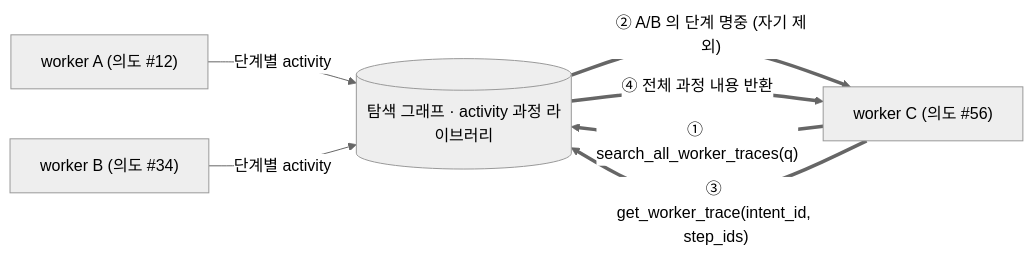
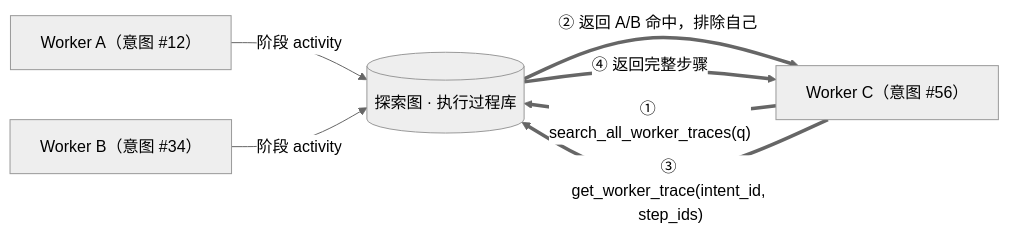
The fourth of 5 diagrams in README.md (j5tv9nfzhn-hue/ARTEX-HYDRA), drawn with Mermaid (neutral theme) before and after one commit. The commit also changed other lines of this file and 279 other files, not shown here.

````diff
--- a/README.md
+++ b/README.md
@@ -313,9 +286,9 @@
 ```mermaid
 flowchart LR
-  WA["worker A (의도 #12)"] -->|"단계별 activity"| ACT[("탐색 그래프 · activity 과정 라이브러리")]
-  WB["worker B (의도 #34)"] -->|"단계별 activity"| ACT
-  WC["worker C (의도 #56)"] ==>|"① search_all_worker_traces(q)"| ACT
-  ACT ==>|"② A/B 의 단계 명중 (자기 제외)"| WC
+  WA["Worker A（意图 #12）"] -->|"阶段 activity"| ACT[("探索图 · 执行过程库")]
+  WB["Worker B（意图 #34）"] -->|"阶段 activity"| ACT
+  WC["Worker C（意图 #56）"] ==>|"① search_all_worker_traces(q)"| ACT
+  ACT ==>|"② 返回 A/B 命中，排除自己"| WC
   WC ==>|"③ get_worker_trace(intent_id, step_ids)"| ACT
-  ACT ==>|"④ 전체 과정 내용 반환"| WC
+  ACT ==>|"④ 返回完整步骤"| WC
 ```
````
